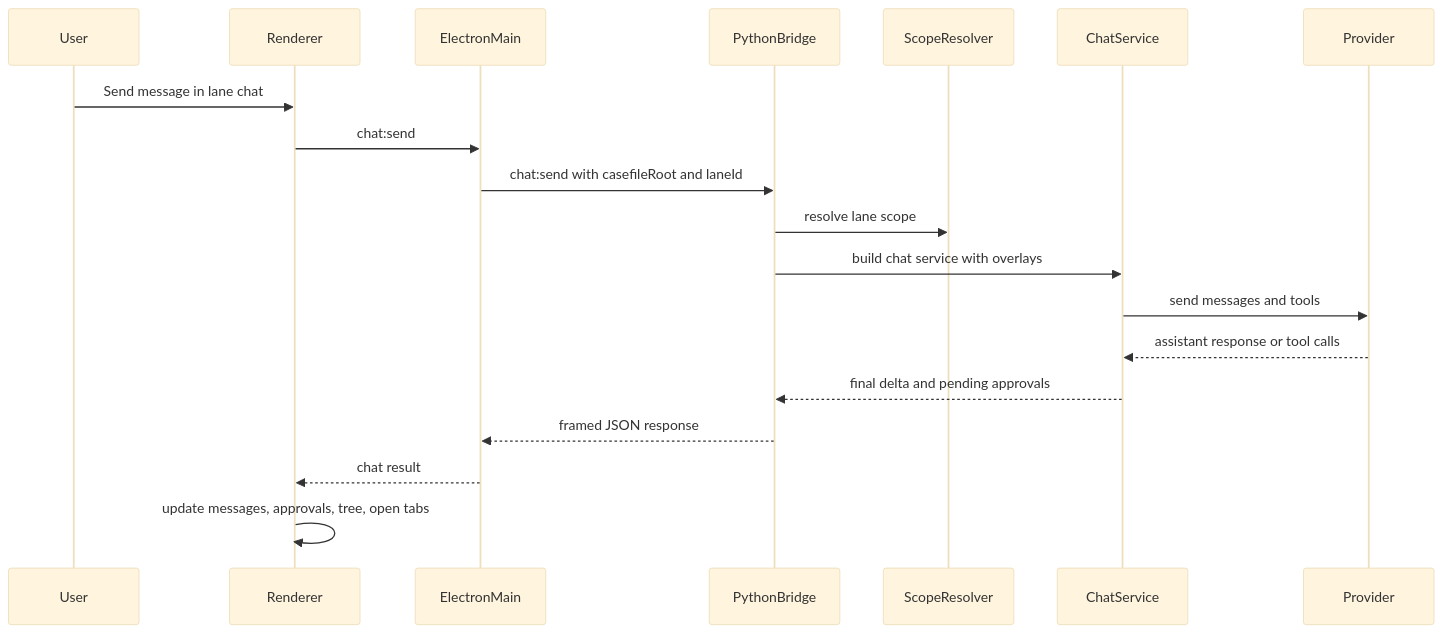
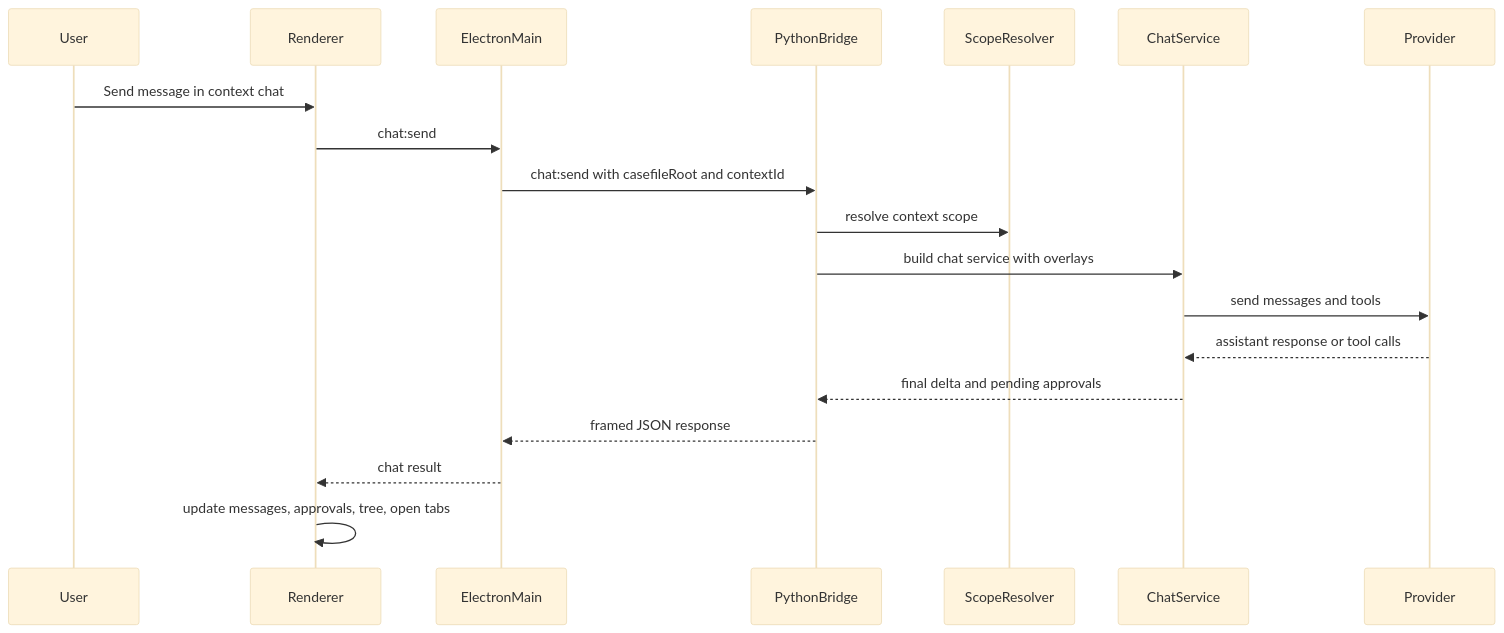
One commit to krisleighmiller/DeskAssist changed the diagram in docs/architecture/runtime-flows.md. Above: the diagram before and after it, drawn with Mermaid (base theme). The commit also changed other lines of this file and 56 other files, not shown here.

````diff
--- a/docs/architecture/runtime-flows.md
+++ b/docs/architecture/runtime-flows.md
@@ -67,22 +68,22 @@
 ```mermaid
 sequenceDiagram
   participant User
   participant Renderer
   participant Main as ElectronMain
   participant Bridge as PythonBridge
   participant Scope as ScopeResolver
   participant Chat as ChatService
   participant Provider
 
-  User->>Renderer: Send message in lane chat
+  User->>Renderer: Send message in context chat
   Renderer->>Main: chat:send
-  Main->>Bridge: chat:send with casefileRoot and laneId
-  Bridge->>Scope: resolve lane scope
+  Main->>Bridge: chat:send with casefileRoot and contextId
+  Bridge->>Scope: resolve context scope
   Bridge->>Chat: build chat service with overlays
   Chat->>Provider: send messages and tools
   Provider-->>Chat: assistant response or tool calls
   Chat-->>Bridge: final delta and pending approvals
   Bridge-->>Main: framed JSON response
   Main-->>Renderer: chat result
   Renderer->>Renderer: update messages, approvals, tree, open tabs
 ```
````
